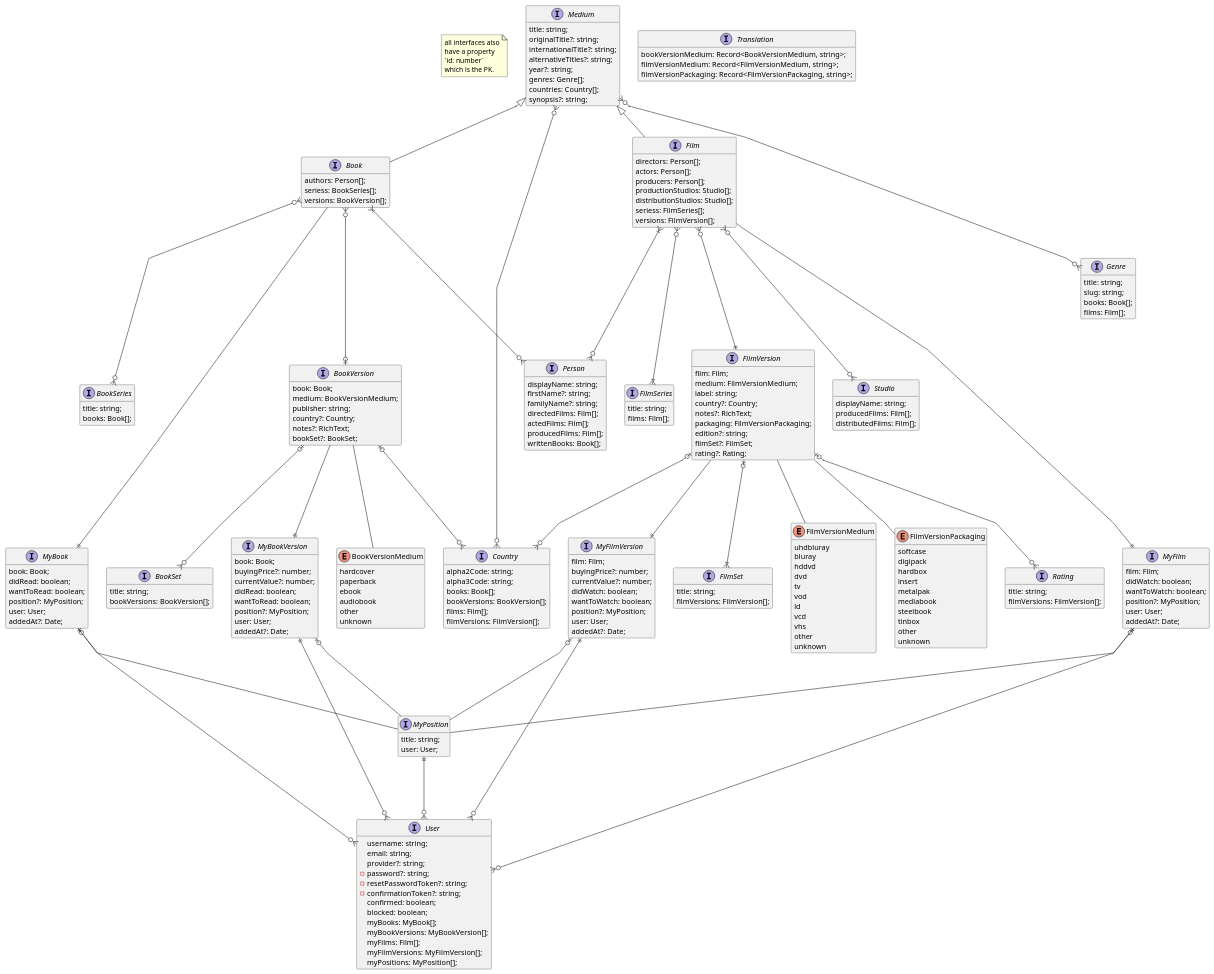
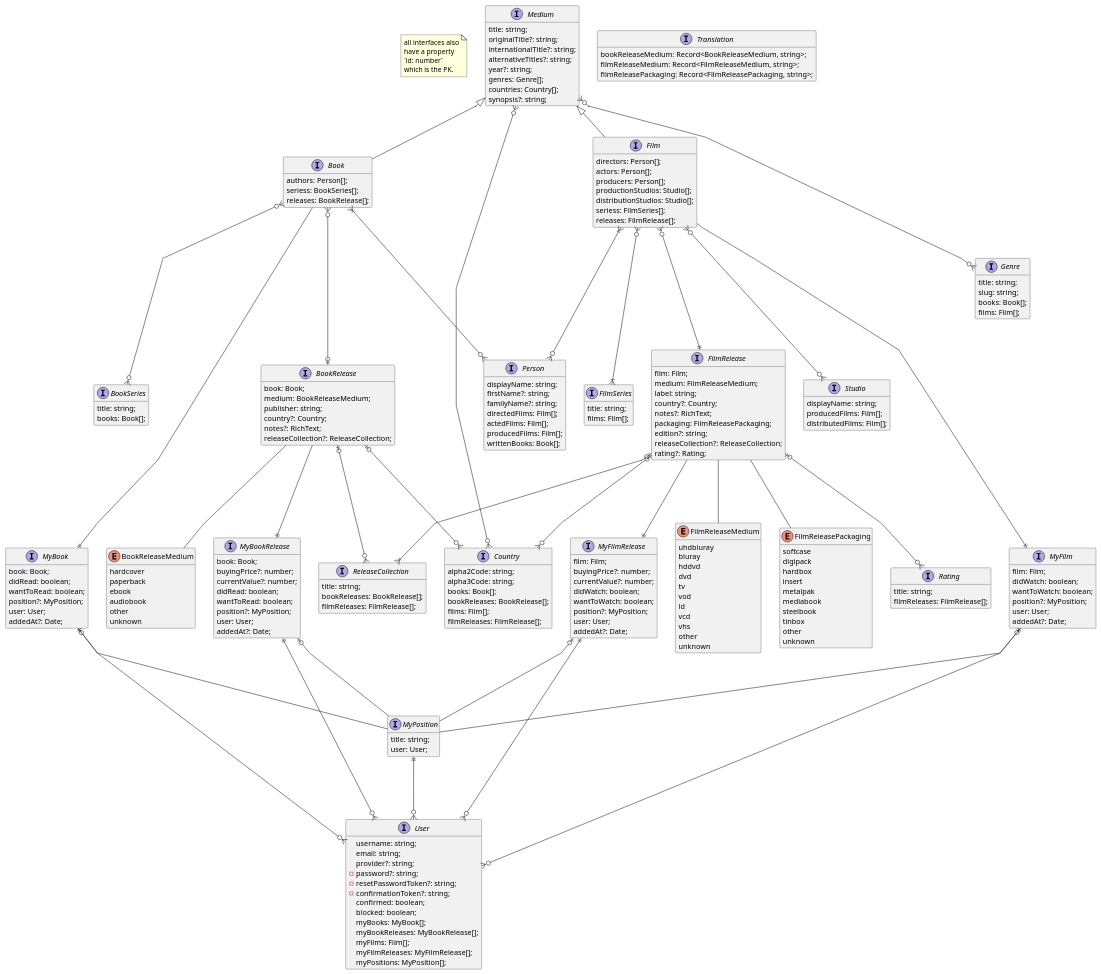
The diagram in docs/assets/er.puml (GregorSondermeier/books-n-films), drawn with PlantUML before and after one commit. The commit also changed 53 other files, not shown here.

```diff
--- a/docs/assets/er.puml
+++ b/docs/assets/er.puml
@@ -13,7 +13,7 @@
 interface Book extends Medium {
   authors: Person[];
   seriess: BookSeries[];
-  versions: BookVersion[];
+  releases: BookRelease[];
 }
 
 interface BookSeries {
@@ -21,21 +21,16 @@
   books: Book[];
 }
 
-interface BookSet {
-  title: string;
-  bookVersions: BookVersion[];
-}
-
-interface BookVersion {
+interface BookRelease {
   book: Book;
-  medium: BookVersionMedium;
+  medium: BookReleaseMedium;
   publisher: string;
   country?: Country;
   notes?: RichText;
-  bookSet?: BookSet;
+  releaseCollection?: ReleaseCollection;
 }
 
-enum BookVersionMedium {
+enum BookReleaseMedium {
   hardcover
   paperback
   ebook
@@ -48,9 +43,9 @@
   alpha2Code: string;
   alpha3Code: string;
   books: Book[];
-  bookVersions: BookVersion[];
+  bookReleases: BookRelease[];
   films: Film[];
-  filmVersions: FilmVersion[];
+  filmReleases: FilmRelease[];
 }
 
 interface Film extends Medium {
@@ -60,7 +55,7 @@
   productionStudios: Studio[];
   distributionStudios: Studio[];
   seriess: FilmSeries[];
-  versions: FilmVersion[];
+  releases: FilmRelease[];
 }
 
 interface FilmSeries {
@@ -68,24 +63,19 @@
   films: Film[];
 }
 
-interface FilmSet {
-  title: string;
-  filmVersions: FilmVersion[];
-}
-
-interface FilmVersion {
+interface FilmRelease {
   film: Film;
-  medium: FilmVersionMedium;
+  medium: FilmReleaseMedium;
   label: string;
   country?: Country;
   notes?: RichText;
-  packaging: FilmVersionPackaging;
+  packaging: FilmReleasePackaging;
   edition?: string;
-  filmSet?: FilmSet;
+  releaseCollection?: ReleaseCollection;
   rating?: Rating;
 }
 
-enum FilmVersionMedium {
+enum FilmReleaseMedium {
   uhdbluray
   bluray
   hddvd
@@ -99,7 +89,7 @@
   unknown
 }
 
-enum FilmVersionPackaging {
+enum FilmReleasePackaging {
   softcase
   digipack
   hardbox
@@ -139,7 +129,7 @@
   addedAt?: Date;
 }
 
-interface MyBookVersion {
+interface MyBookRelease {
   book: Book;
   buyingPrice?: number;
   currentValue?: number;
@@ -159,7 +149,7 @@
   addedAt?: Date;
 }
 
-interface MyFilmVersion {
+interface MyFilmRelease {
   film: Film;
   buyingPrice?: number;
   currentValue?: number;
@@ -187,7 +177,13 @@
 
 interface Rating {
   title: string;
-  filmVersions: FilmVersion[];
+  filmReleases: FilmRelease[];
+}
+
+interface ReleaseCollection {
+  title: string;
+  bookReleases: BookRelease[];
+  filmReleases: FilmRelease[];
 }
 
 interface Studio {
@@ -197,9 +193,9 @@
 }
 
 interface Translation {
-  bookVersionMedium: Record<BookVersionMedium, string>;
-  filmVersionMedium: Record<FilmVersionMedium, string>;
-  filmVersionPackaging: Record<FilmVersionPackaging, string>;
+  bookReleaseMedium: Record<BookReleaseMedium, string>;
+  filmReleaseMedium: Record<FilmReleaseMedium, string>;
+  filmReleasePackaging: Record<FilmReleasePackaging, string>;
 }
 
 interface User {
@@ -212,9 +208,9 @@
   confirmed: boolean;
   blocked: boolean;
   myBooks: MyBook[];
-  myBookVersions: MyBookVersion[];
+  myBookReleases: MyBookRelease[];
   myFilms: Film[];
-  myFilmVersions: MyFilmVersion[];
+  myFilmReleases: MyFilmRelease[];
   myPositions: MyPosition[];
 }
 
@@ -225,39 +221,39 @@
 ' Book
 Book }|---o{ Person
 Book }o---o{ BookSeries
-Book }o---o| BookVersion
-BookVersion |o---o{ Country
-BookVersion |o---o{ BookSet
-BookVersion --- BookVersionMedium
+Book }o---o| BookRelease
+BookRelease |o---o{ Country
+BookRelease |o---o{ ReleaseCollection
+BookRelease --- BookReleaseMedium
 
 ' Film
 Film }|---o{ Person
 Film }o---o{ Studio
 Film }o---|{ FilmSeries
-Film }o---|| FilmVersion
-FilmVersion |o---o{ Country
-FilmVersion |o---o{ Rating
-FilmVersion |o---|{ FilmSet
-FilmVersion --- FilmVersionMedium
-FilmVersion --- FilmVersionPackaging
+Film }o---|| FilmRelease
+FilmRelease |o---o{ Country
+FilmRelease |o---o{ Rating
+FilmRelease |o---|{ ReleaseCollection
+FilmRelease --- FilmReleaseMedium
+FilmRelease --- FilmReleasePackaging
 
 ' MyBook
 Book ---|| MyBook
 MyBook |o--- MyPosition
-BookVersion ---|| MyBookVersion
-MyBookVersion |o--- MyPosition
+BookRelease ---|| MyBookRelease
+MyBookRelease |o--- MyPosition
 
 ' MyFilm
 Film ---|| MyFilm
 MyFilm |o--- MyPosition
-FilmVersion ---|| MyFilmVersion
-MyFilmVersion |o--- MyPosition
+FilmRelease ---|| MyFilmRelease
+MyFilmRelease |o--- MyPosition
 
 ' User
 MyBook ||---o{ User
-MyBookVersion ||---o{ User
+MyBookRelease ||---o{ User
 MyFilm ||---o{ User
-MyFilmVersion ||---o{ User
+MyFilmRelease ||---o{ User
 MyPosition ||---o{ User
 
 @enduml
```
